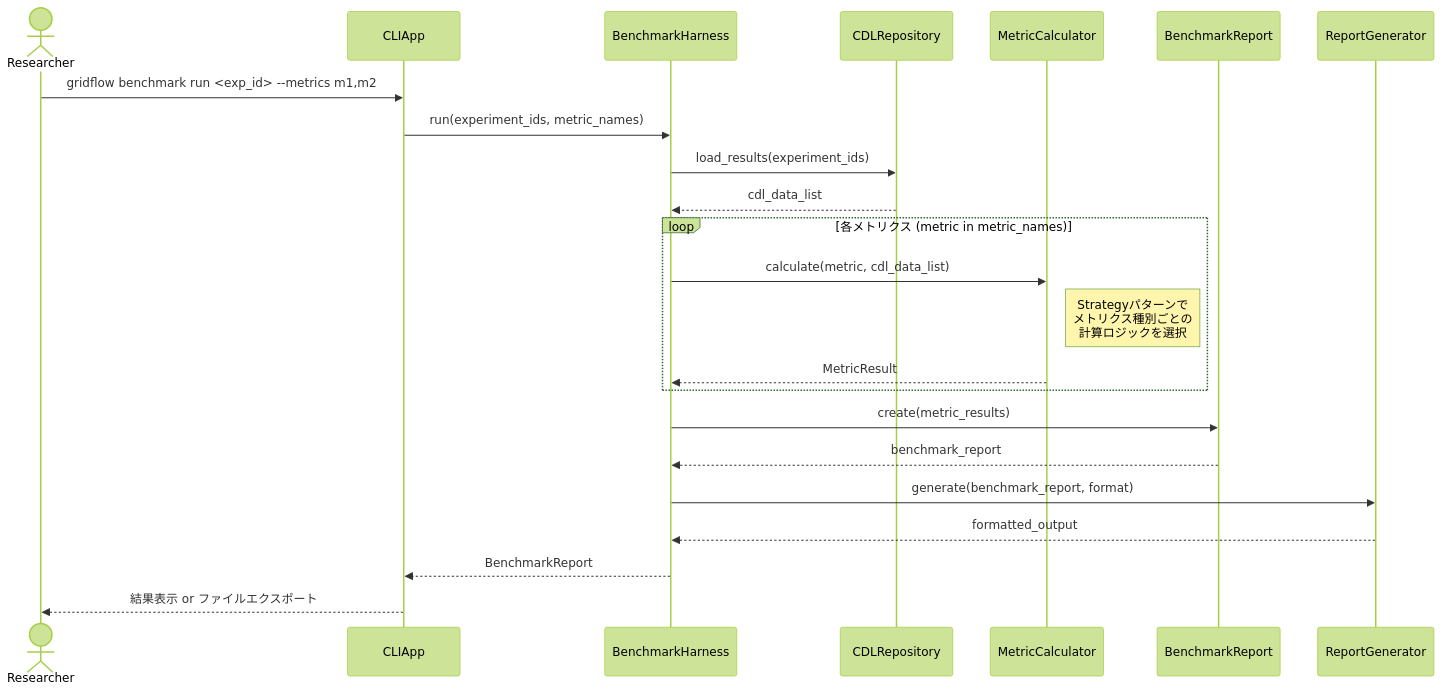
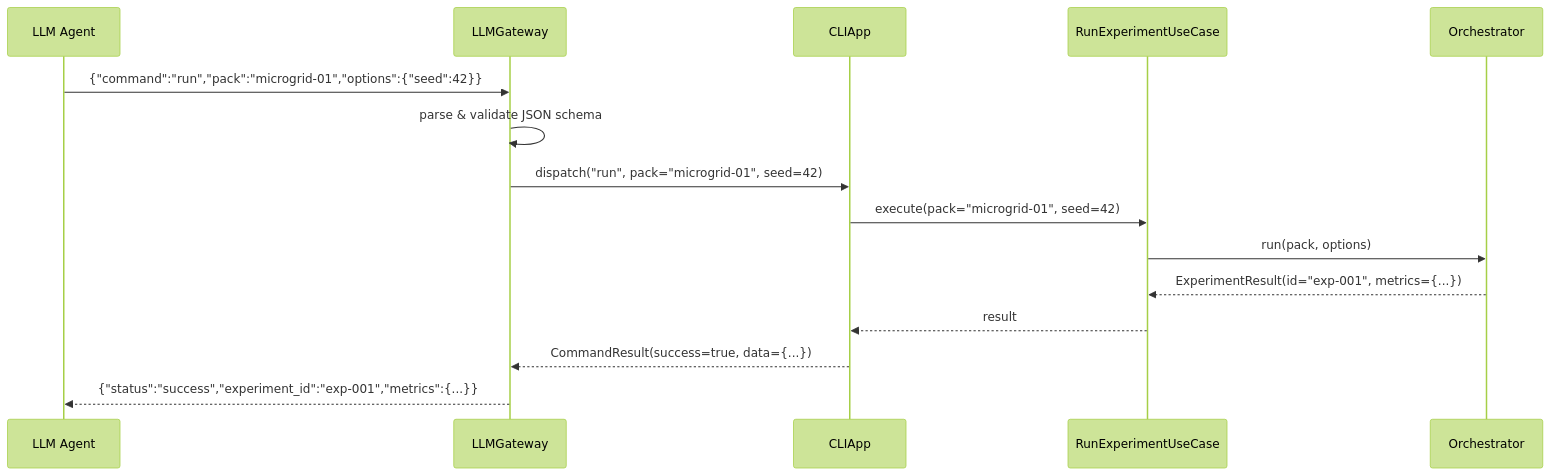
Before and after one commit to bottlenome/gridflow: the sixth of 10 diagrams in docs/detailed_design/04_process_flow.md, drawn with Mermaid (forest theme). The commit also changed other lines of this file, not shown here.

````diff
--- a/docs/detailed_design/04_process_flow.md
+++ b/docs/detailed_design/04_process_flow.md
@@ -220,30 +303,18 @@
 ```mermaid
 sequenceDiagram
-    actor R as Researcher
+    participant LLM as LLM Agent
+    participant GW as LLMGateway
     participant CLI as CLIApp
-    participant BH as BenchmarkHarness
-    participant CDL as CDLRepository
-    participant MC as MetricCalculator
-    participant BR as BenchmarkReport
-    participant RG as ReportGenerator
+    participant UC as RunExperimentUseCase
+    participant Orch as Orchestrator
 
-    R->>CLI: gridflow benchmark run <exp_id> --metrics m1,m2
-    CLI->>BH: run(experiment_ids, metric_names)
-    BH->>CDL: load_results(experiment_ids)
-    CDL-->>BH: cdl_data_list
-
-    loop 各メトリクス (metric in metric_names)
-        BH->>MC: calculate(metric, cdl_data_list)
-        Note right of MC: Strategyパターンで<br/>メトリクス種別ごとの<br/>計算ロジックを選択
-        MC-->>BH: MetricResult
-    end
-
-    BH->>BR: create(metric_results)
-    BR-->>BH: benchmark_report
-
-    BH->>RG: generate(benchmark_report, format)
-    RG-->>BH: formatted_output
-
-    BH-->>CLI: BenchmarkReport
-    CLI-->>R: 結果表示 or ファイルエクスポート
+    LLM->>GW: {"command":"run","pack":"microgrid-01","options":{"seed":42}}
+    GW->>GW: parse & validate JSON schema
+    GW->>CLI: dispatch("run", pack="microgrid-01", seed=42)
+    CLI->>UC: execute(pack="microgrid-01", seed=42)
+    UC->>Orch: run(pack, options)
+    Orch-->>UC: ExperimentResult(id="exp-001", metrics={...})
+    UC-->>CLI: result
+    CLI-->>GW: CommandResult(success=true, data={...})
+    GW-->>LLM: {"status":"success","experiment_id":"exp-001","metrics":{...}}
 ```
````
